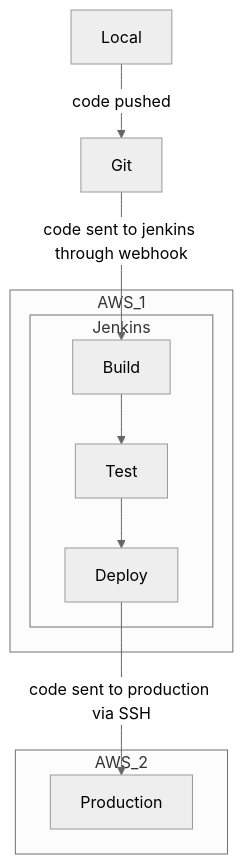
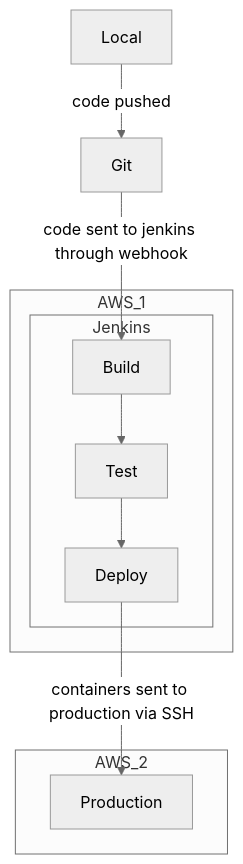
The diagram in docs/Architecture.md (MiikaMatias/tsoha), drawn with Mermaid (neutral theme) before and after one commit. The commit also changed other lines of this file, not shown here.

````diff
--- a/docs/Architecture.md
+++ b/docs/Architecture.md
@@ -5,15 +5,15 @@
 ```mermaid
   graph TD;
       Local-->|code pushed|Git;
       Git-->|code sent to jenkins through webhook|Build;
       subgraph AWS_2
       Production
       end
       subgraph AWS_1
       subgraph Jenkins
       Build-->Test
       Test-->Deploy
-      Deploy-->|code sent to production via SSH|Production
+      Deploy-->|containers sent to production via SSH|Production
       end
       end
 ```
````
